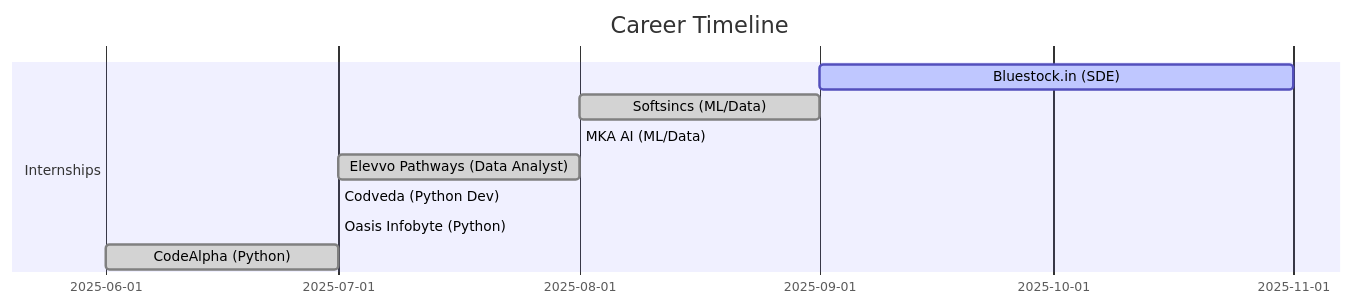
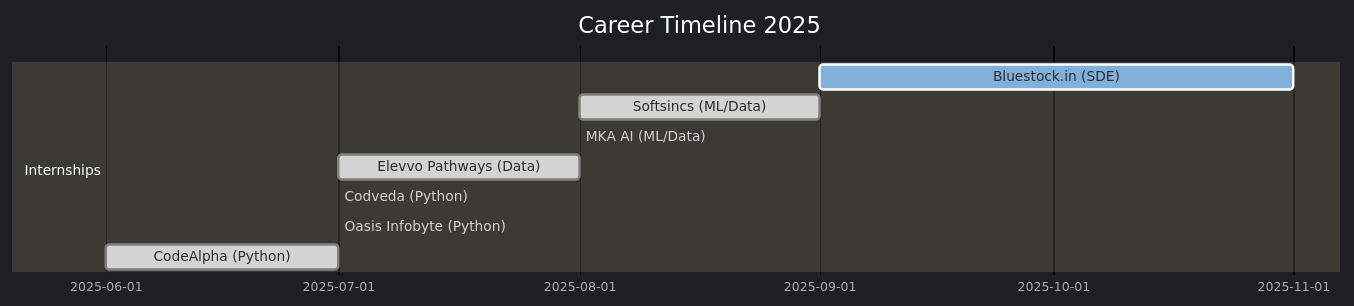
Before and after one commit to ck-ahmad/ck-ahmad: the diagram in README.md, drawn with Mermaid. The commit also changed other lines of this file, not shown here.

````diff
--- a/README.md
+++ b/README.md
@@ -280,13 +394,14 @@
 ```mermaid
+%%{init: {'theme':'dark'}}%%
 gantt
-    title Career Timeline
+    title Career Timeline 2025
     dateFormat YYYY-MM
     section Internships
     Bluestock.in (SDE)           :active, 2025-09, 2025-11
     Softsincs (ML/Data)          :done, 2025-08, 2025-09
     MKA AI (ML/Data)             :done, 2025-08, 2025-08
-    Elevvo Pathways (Data Analyst):done, 2025-07, 2025-08
-    Codveda (Python Dev)         :done, 2025-07, 2025-07
+    Elevvo Pathways (Data)       :done, 2025-07, 2025-08
+    Codveda (Python)             :done, 2025-07, 2025-07
     Oasis Infobyte (Python)      :done, 2025-07, 2025-07
     CodeAlpha (Python)           :done, 2025-06, 2025-07
 ```
````
